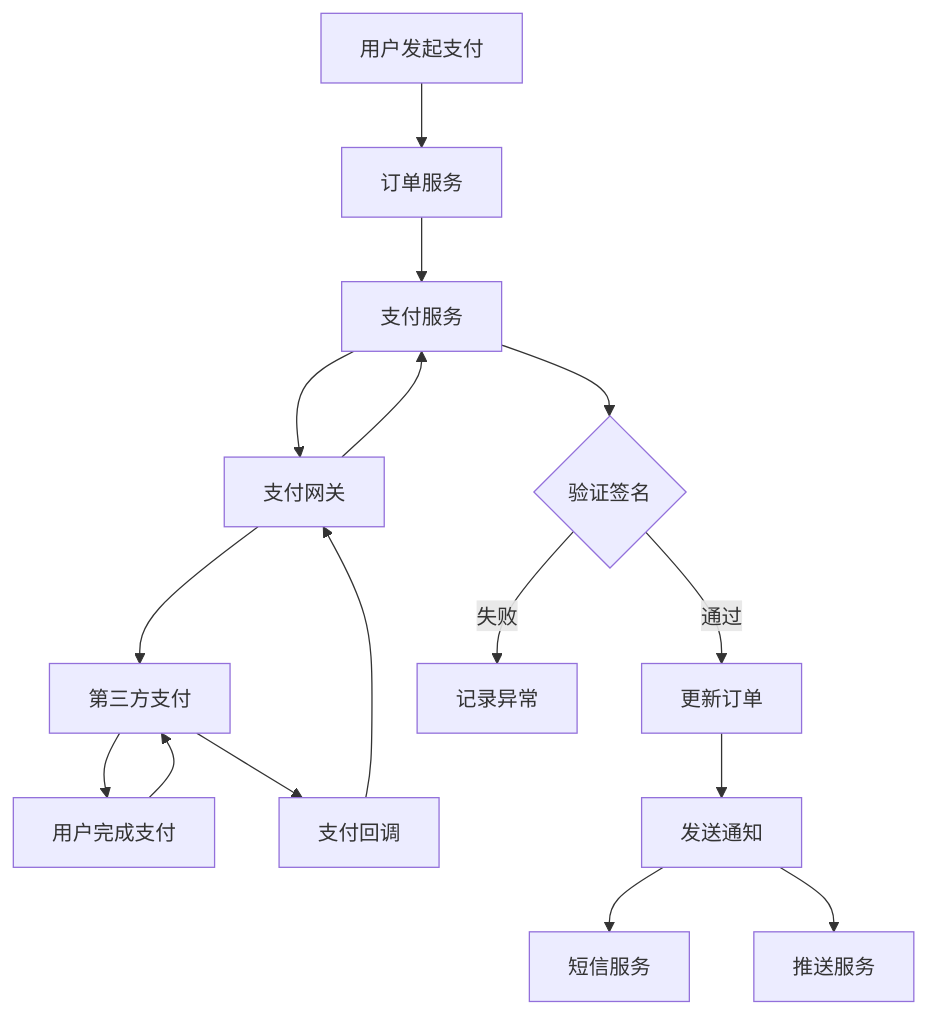
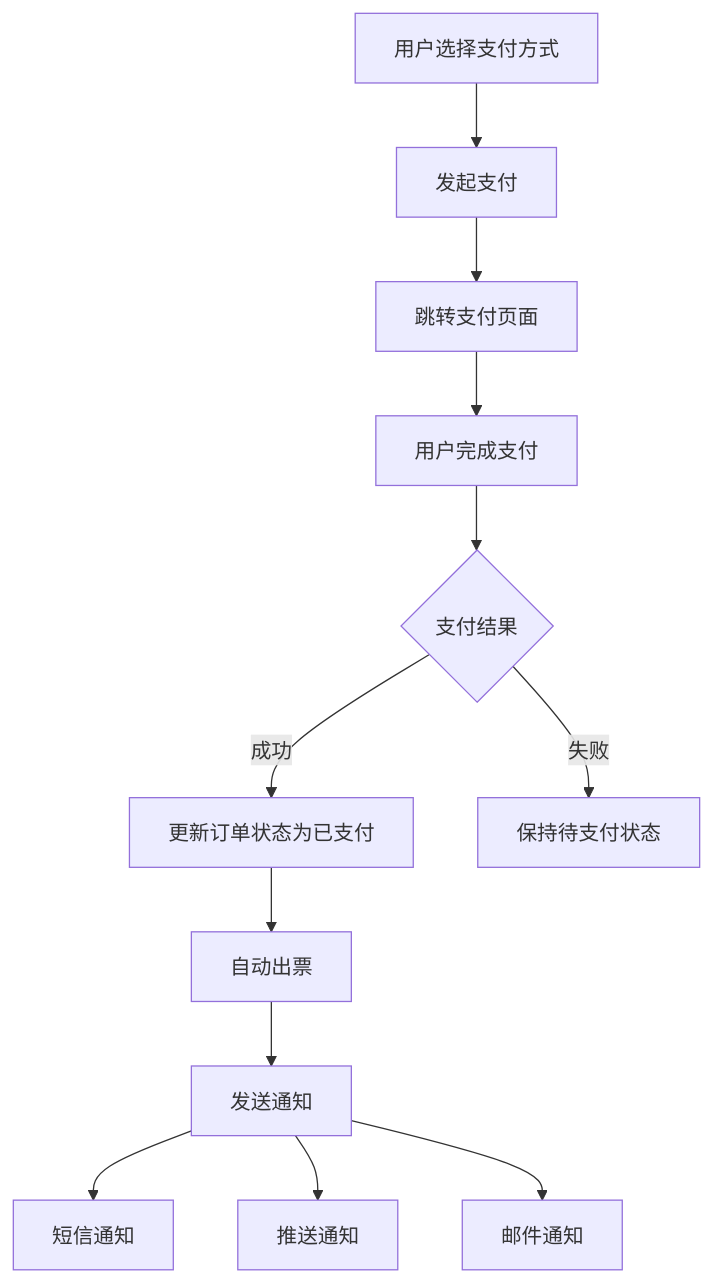
Diagram 12 of 14 in 12306/requirements_analysis_v4.md (nextnine/12306), drawn with Mermaid before and after one commit. The commit also changed other lines of this file, not shown here.

````diff
--- a/12306/requirements_analysis_v4.md
+++ b/12306/requirements_analysis_v4.md
@@ -1668,18 +1076,14 @@
 ```mermaid
-graph TB
-    A[用户发起支付] --> B[订单服务]
-    B --> C[支付服务]
-    C --> D[支付网关]
-    D --> E[第三方支付]
-    E --> F[用户完成支付]
-    F --> E
-    E --> G[支付回调]
-    G --> D
-    D --> C
-    C --> H{验证签名}
-    H -->|通过| I[更新订单]
-    H -->|失败| J[记录异常]
-    I --> K[发送通知]
-    K --> L[短信服务]
-    K --> M[推送服务]
+graph TD
+    A[用户选择支付方式] --> B[发起支付]
+    B --> C[跳转支付页面]
+    C --> D[用户完成支付]
+    D --> E{支付结果}
+    E -->|成功| F[更新订单状态为已支付]
+    E -->|失败| G[保持待支付状态]
+    F --> H[自动出票]
+    H --> I[发送通知]
+    I --> J[短信通知]
+    I --> K[推送通知]
+    I --> L[邮件通知]
 ```
````
